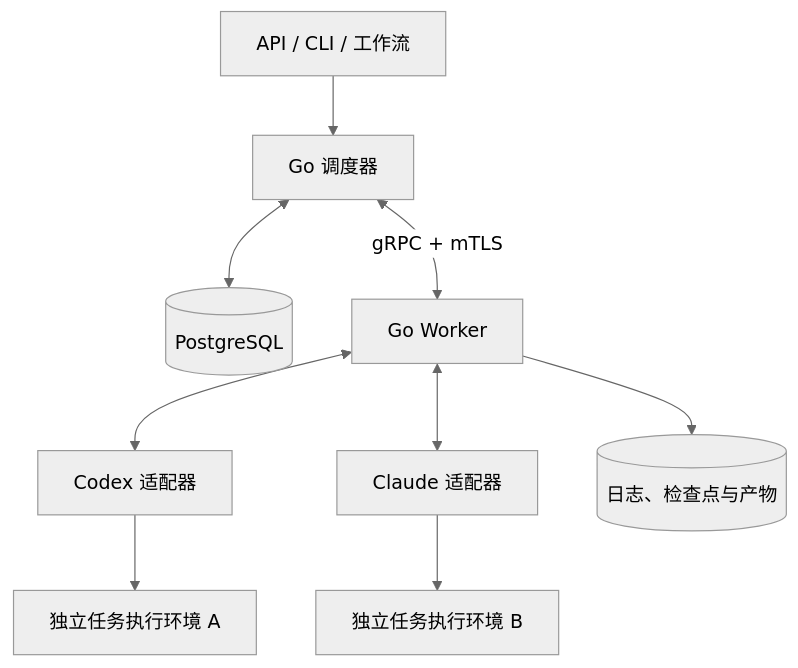
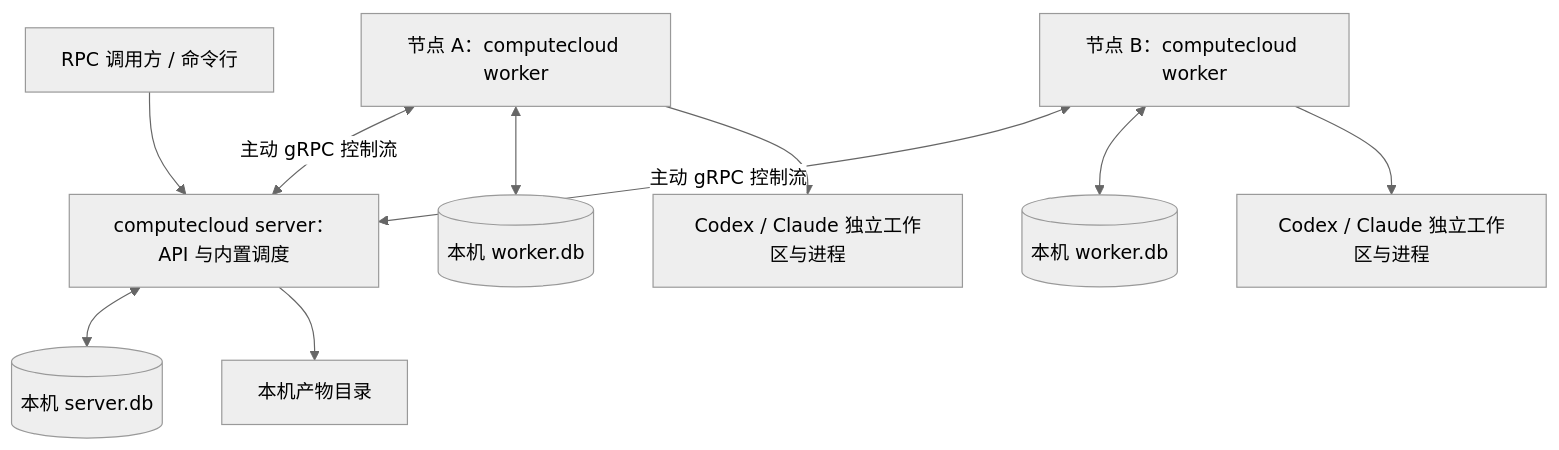
One commit to tommyxie2026-tech/computecloud changed the first of 3 diagrams in docs/design/agent-orchestration-go.md. Above: the diagram before and after it, drawn with Mermaid (neutral theme). The commit also changed other lines of this file and 6 other files, not shown here.

````diff
--- a/docs/design/agent-orchestration-go.md
+++ b/docs/design/agent-orchestration-go.md
@@ -51,11 +57,12 @@
 ```mermaid
 flowchart TD
-    U["API / CLI / 工作流"] --> S["Go 调度器"]
-    S <--> D[("PostgreSQL")]
-    S <-->|"gRPC + mTLS"| W["Go Worker"]
-    W <--> C["Codex 适配器"]
-    W <--> A["Claude 适配器"]
-    C --> X["独立任务执行环境 A"]
-    A --> Y["独立任务执行环境 B"]
-    W --> F[("日志、检查点与产物")]
+    U["RPC 调用方 / 命令行"] --> S["computecloud server：API 与内置调度"]
+    S <--> D[("本机 server.db")]
+    S --> F["本机产物目录"]
+    W1["节点 A：computecloud worker"] <-->|"主动 gRPC 控制流"| S
+    W2["节点 B：computecloud worker"] <-->|"主动 gRPC 控制流"| S
+    W1 <--> L1[("本机 worker.db")]
+    W2 <--> L2[("本机 worker.db")]
+    W1 --> A1["Codex / Claude 独立工作区与进程"]
+    W2 --> A2["Codex / Claude 独立工作区与进程"]
 ```
````
